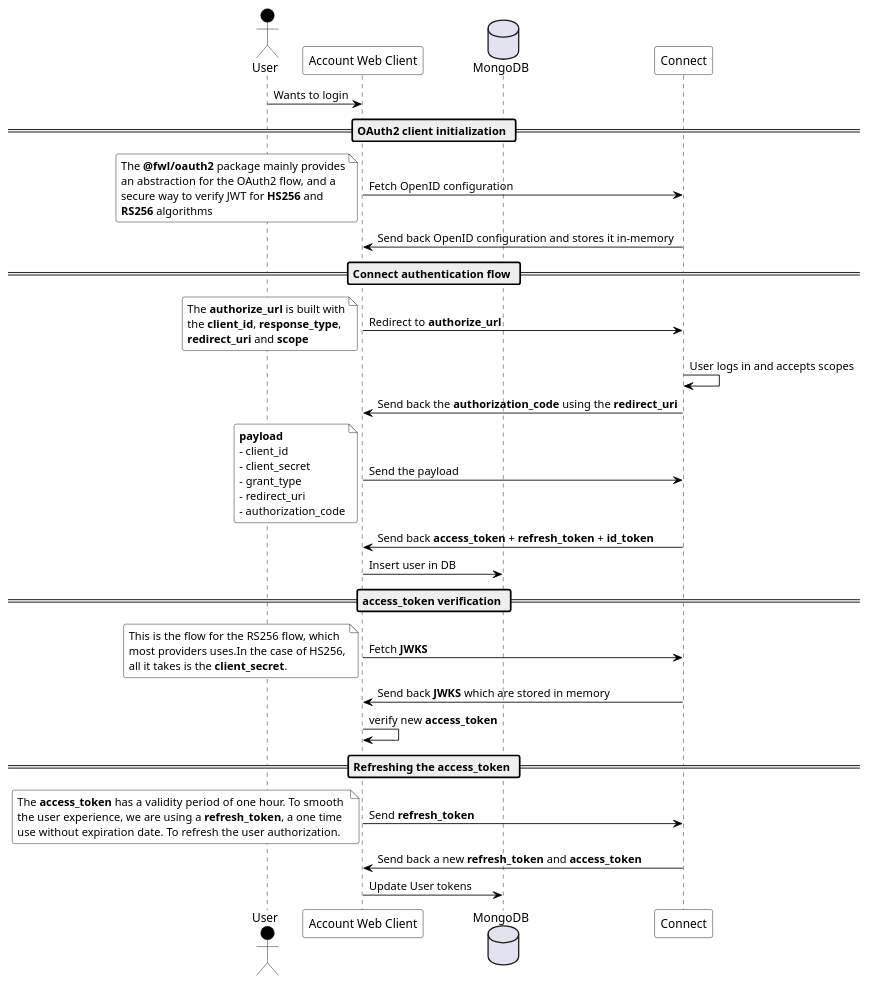
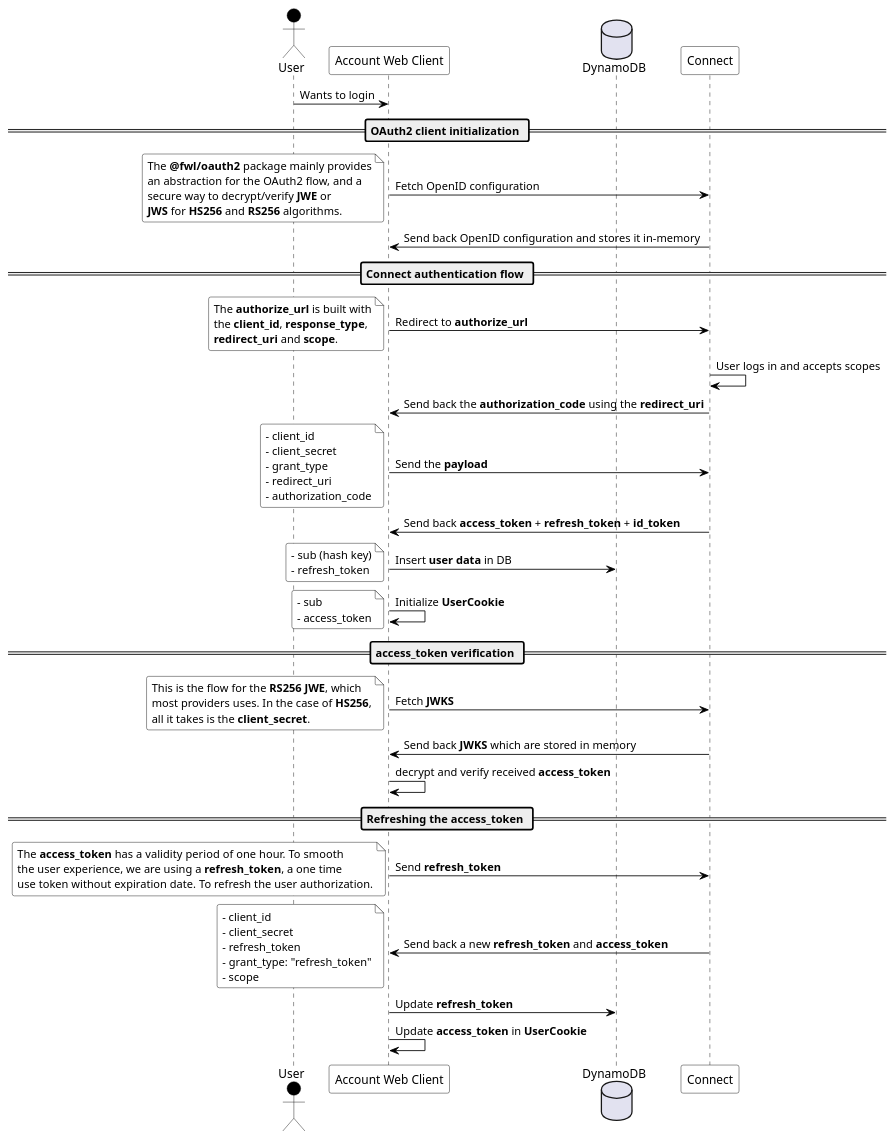
The first of 3 diagrams in doc/flows.puml (fewlinesco/connect-account), drawn with PlantUML before and after one commit. The commit also changed other lines of this file and 3 other files, not shown here.

Commit message:
updated diagrams

```diff
--- a/doc/flows.puml
+++ b/doc/flows.puml
@@ -10,87 +10,101 @@
 @startuml
-
 skinparam NoteBackgroundColor #fff
 skinparam NoteBorderColor #000
 
 skinparam sequence {
 	ArrowColor #000
 	ActorBorderColor #000
 
 	LifeLineBorderColor #000
 	LifeLineBackgroundColor #000
 
 	ParticipantBorderColor #000
 	ParticipantBackgroundColor #fff
 	ParticipantFontColor #000
 
 	ActorBackgroundColor #000
 	ActorFontColor #000
 
   NoteBorderColor #000
 }
 
 skinparam roundcorner 5
 
 actor User                         as user
 participant "Account Web Client"   as account
-database MongoDB                   as mongo
+database DynamoDB                   as dynamo
 participant "Connect"              as connect
 
 user -> account : Wants to login
 
 == OAuth2 client initialization ==
 
 account -> connect : Fetch OpenID configuration
 note left
 The **@fwl/oauth2** package mainly provides
 an abstraction for the OAuth2 flow, and a
-secure way to verify JWT for **HS256** and
-**RS256** algorithms
+secure way to decrypt/verify **JWE** or 
+**JWS** for **HS256** and **RS256** algorithms.
 end note
 connect -> account : Send back OpenID configuration and stores it in-memory
 
 == Connect authentication flow ==
 
 account -> connect : Redirect to **authorize_url**
 note left
 The **authorize_url** is built with
 the **client_id**, **response_type**,
-**redirect_uri** and **scope**
+**redirect_uri** and **scope**.
 end note
 connect -> connect : User logs in and accepts scopes
 connect -> account : Send back the **authorization_code** using the **redirect_uri**
-account -> connect : Send the payload
+account -> connect : Send the **payload**
 note left
-**payload**
 - client_id
 - client_secret
 - grant_type
 - redirect_uri
 - authorization_code
 end note
 connect -> account : Send back **access_token** + **refresh_token** + **id_token**
-account -> mongo : Insert user in DB
+account -> dynamo : Insert **user data** in DB
+note left
+- sub (hash key)
+- refresh_token
+end note
+account -> account : Initialize **UserCookie**
+note left
+- sub
+- access_token
+end note
 
 == access_token verification ==
 
 account -> connect : Fetch **JWKS**
 note left
-This is the flow for the RS256 flow, which
-most providers uses.In the case of HS256,
+This is the flow for the **RS256 JWE**, which
+most providers uses. In the case of **HS256**,
 all it takes is the **client_secret**.
 end note
 connect -> account : Send back **JWKS** which are stored in memory
-account -> account : verify new **access_token**
+account -> account : decrypt and verify received **access_token**
 
 == Refreshing the access_token ==
 
 account -> connect : Send **refresh_token**
 note left
 The **access_token** has a validity period of one hour. To smooth 
 the user experience, we are using a **refresh_token**, a one time
-use without expiration date. To refresh the user authorization.
+use token without expiration date. To refresh the user authorization.
 end note
 connect -> account : Send back a new **refresh_token** and **access_token**
-account -> mongo : Update User tokens
-
+note left
+- client_id
+- client_secret
+- refresh_token
+- grant_type: "refresh_token"
+- scope
+end note
+account -> dynamo : Update **refresh_token**
+account -> account : Update **access_token** in **UserCookie**
 @enduml
```
